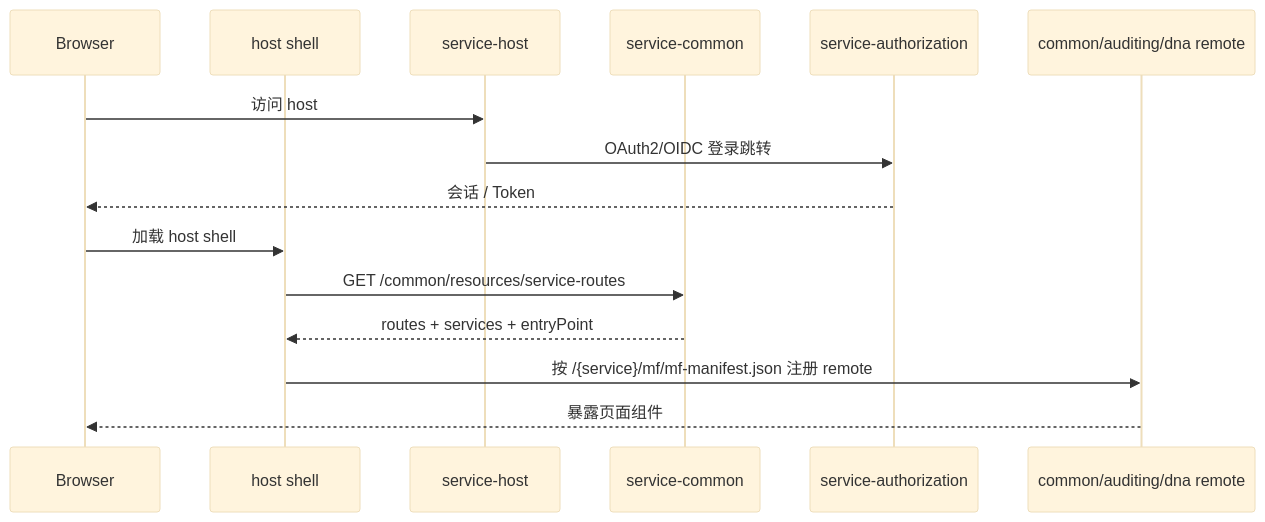
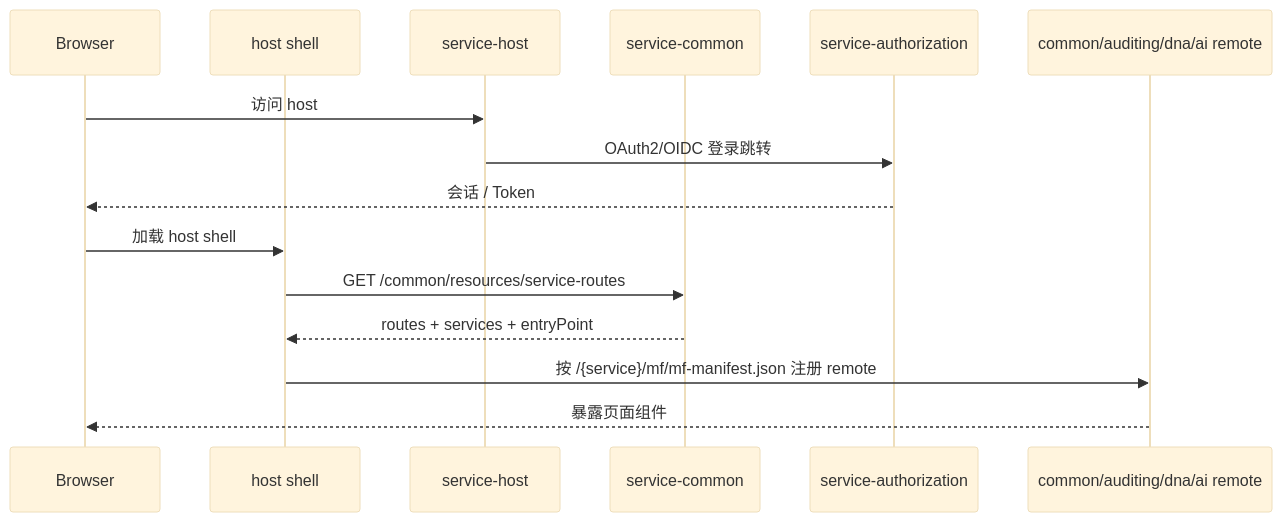
The diagram in doc/architecture/service_topology.md (simplepoint1024/open-simplepoint-dashboard), drawn with Mermaid (base theme) before and after one commit. The commit also changed other lines of this file and 297 other files, not shown here.

````diff
--- a/doc/architecture/service_topology.md
+++ b/doc/architecture/service_topology.md
@@ -43,18 +45,18 @@
 ```mermaid
 sequenceDiagram
   participant Browser as Browser
   participant HostUI as host shell
   participant HostSvc as service-host
   participant Common as service-common
   participant Auth as service-authorization
-  participant Remote as common/auditing/dna remote
+  participant Remote as common/auditing/dna/ai remote
 
   Browser->>HostSvc: 访问 host
   HostSvc->>Auth: OAuth2/OIDC 登录跳转
   Auth-->>Browser: 会话 / Token
   Browser->>HostUI: 加载 host shell
   HostUI->>Common: GET /common/resources/service-routes
   Common-->>HostUI: routes + services + entryPoint
   HostUI->>Remote: 按 /{service}/mf/mf-manifest.json 注册 remote
   Remote-->>Browser: 暴露页面组件
 ```
````
